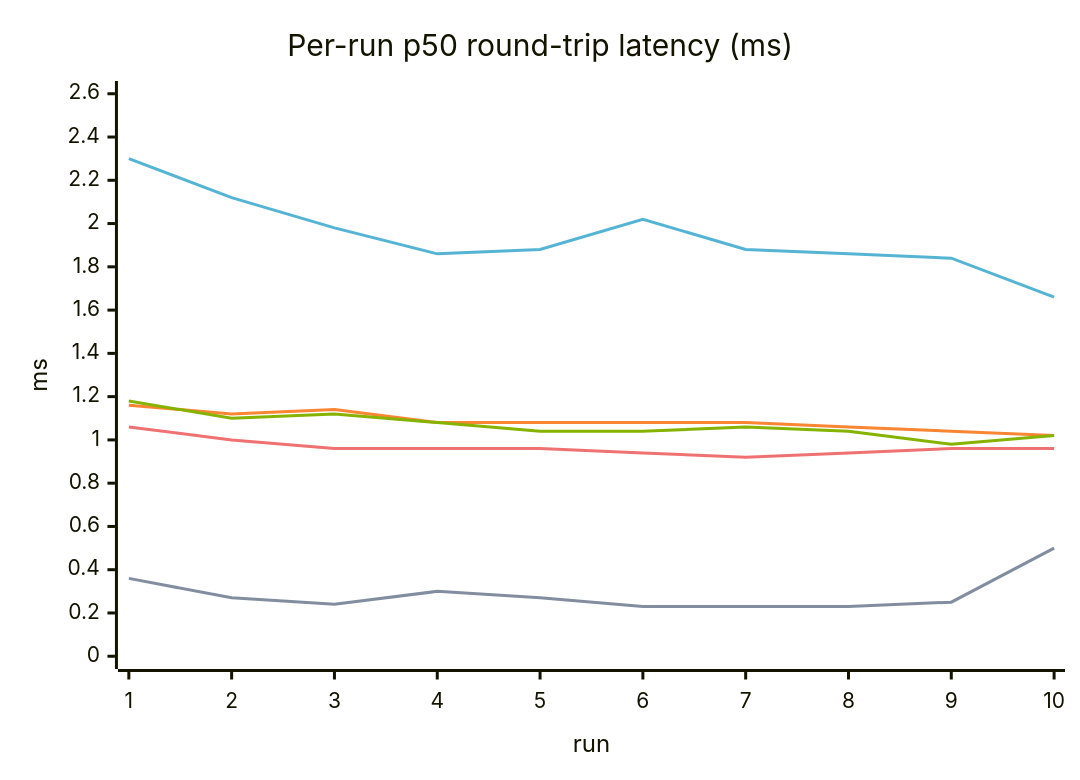
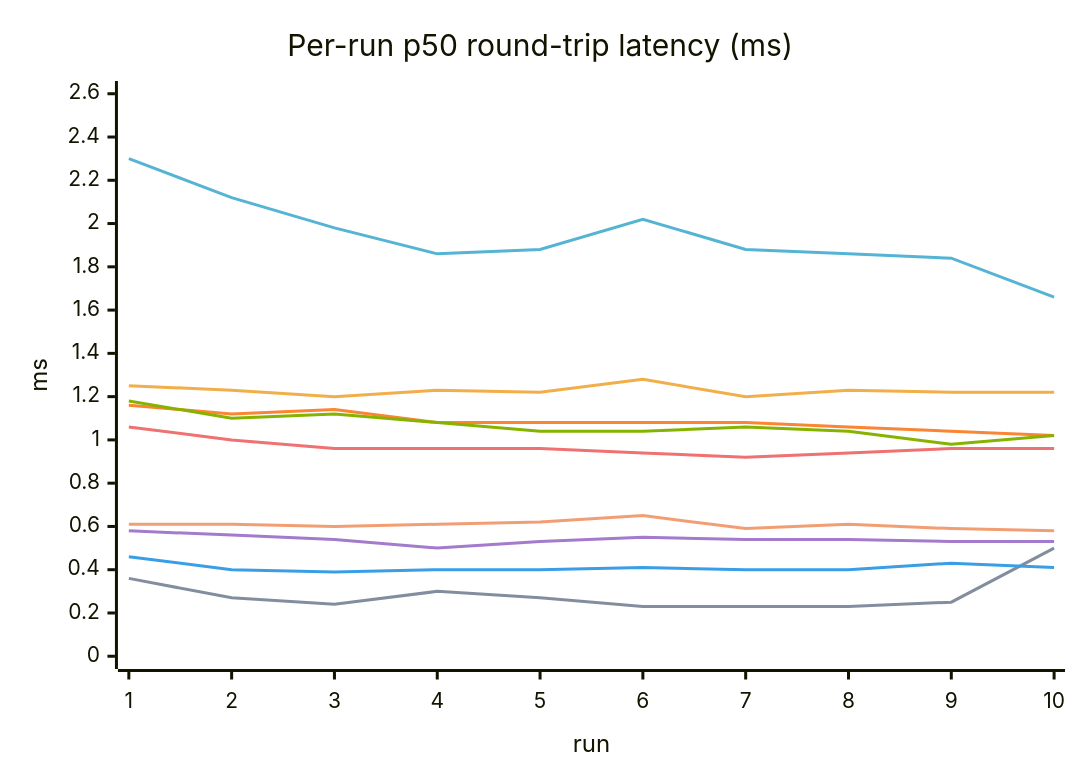
One commit to K4zoku/FF-WebHID changed the second of 6 diagrams in docs/BENCHMARK.md. Above: the diagram before and after it, drawn with Mermaid. The commit also changed other lines of this file and 4 other files, not shown here.

Commit message:
docs: merge chr benchmark series into shared charts

````diff
--- a/docs/BENCHMARK.md
+++ b/docs/BENCHMARK.md
@@ -155,17 +155,21 @@
 ```mermaid
 ---
 config:
   themeVariables:
     xyChart:
-      plotColorPalette: '#55b4d4, #fa8532, #86b300, #f07171, #828e9f'
+      plotColorPalette: '#55b4d4, #fa8532, #86b300, #f07171, #828e9f, #f2ae49, #399ee6, #a37acc, #f29e74'
 ---
 xychart
     title "Per-run p50 round-trip latency (ms)"
     x-axis "run" [1, 2, 3, 4, 5, 6, 7, 8, 9, 10]
     y-axis "ms" 0 --> 2.6
     line "nm" [2.30, 2.12, 1.98, 1.86, 1.88, 2.02, 1.88, 1.86, 1.84, 1.66]
     line "ws" [1.16, 1.12, 1.14, 1.08, 1.08, 1.08, 1.08, 1.06, 1.04, 1.02]
     line "wt-inpage" [1.18, 1.10, 1.12, 1.08, 1.04, 1.04, 1.06, 1.04, 0.98, 1.02]
     line "wt" [1.06, 1.00, 0.96, 0.96, 0.96, 0.94, 0.92, 0.94, 0.96, 0.96]
     line "native" [0.36, 0.27, 0.24, 0.30, 0.27, 0.23, 0.23, 0.23, 0.25, 0.50]
+    line "chr-nm" [1.25, 1.23, 1.20, 1.23, 1.22, 1.28, 1.20, 1.23, 1.22, 1.22]
+    line "chr-ws" [0.46, 0.40, 0.39, 0.40, 0.40, 0.41, 0.40, 0.40, 0.43, 0.41]
+    line "chr-wt-inpage" [0.58, 0.56, 0.54, 0.50, 0.53, 0.55, 0.54, 0.54, 0.53, 0.53]
+    line "chr-wt" [0.61, 0.61, 0.60, 0.61, 0.62, 0.65, 0.59, 0.61, 0.59, 0.58]
 ```
````
